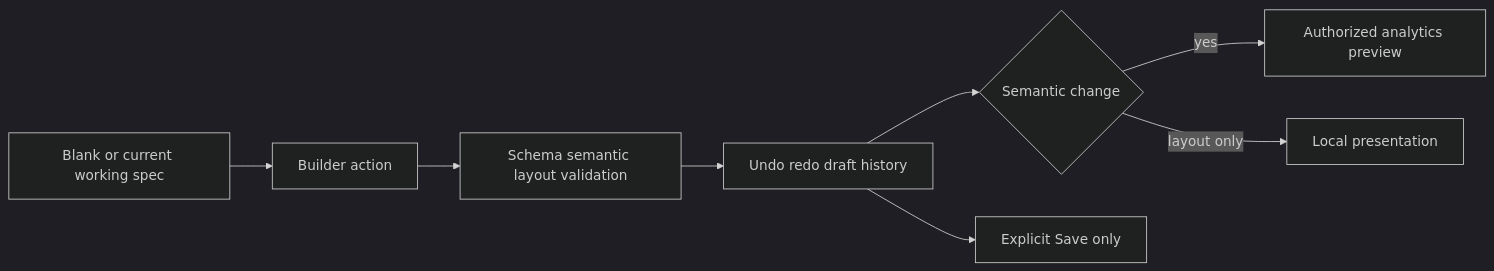
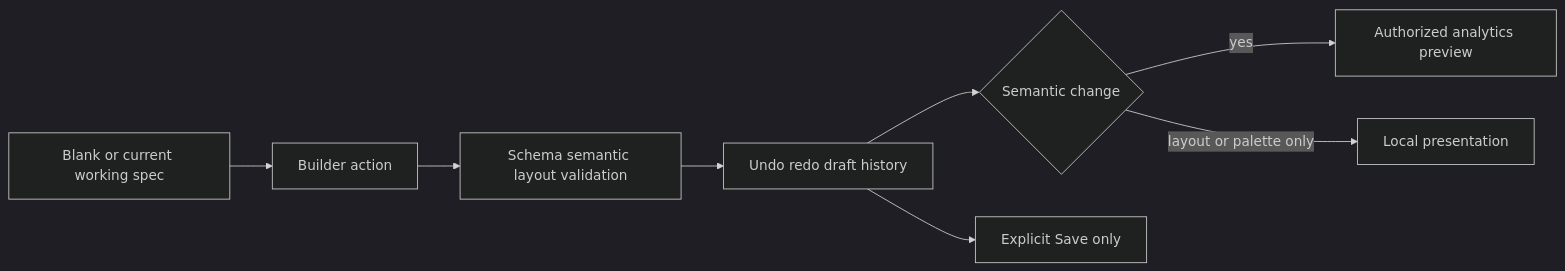
Before and after one commit to hazemyoussif/el-dabboos-analytics: the fifth of 14 diagrams in docs/architecture/diagrams.md, drawn with Mermaid (dark theme). The commit also changed other lines of this file and 23 other files, not shown here.

Commit message:
docs: reconcile planner palette and local provider verification

````diff
--- a/docs/architecture/diagrams.md
+++ b/docs/architecture/diagrams.md
@@ -60,10 +60,10 @@
 ```mermaid
 flowchart LR
  B[Blank or current working spec] --> M[Builder action]
  M --> V[Schema semantic layout validation]
  V --> H[Undo redo draft history]
  H --> C{Semantic change}
  C -->|yes| P[Authorized analytics preview]
- C -->|layout only| U[Local presentation]
+ C -->|layout or palette only| U[Local presentation]
  H --> S[Explicit Save only]
 ```
````
